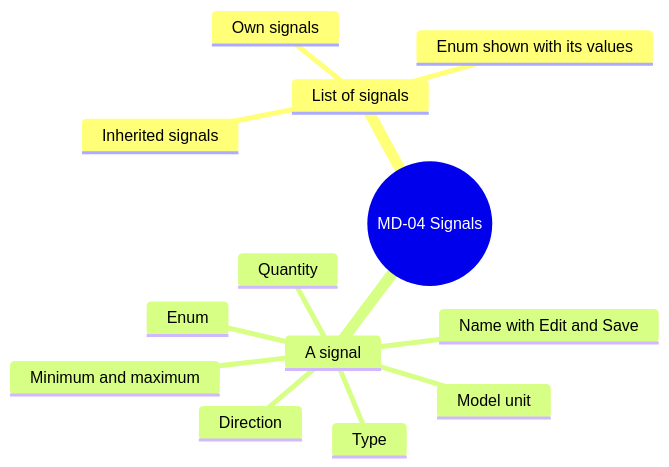
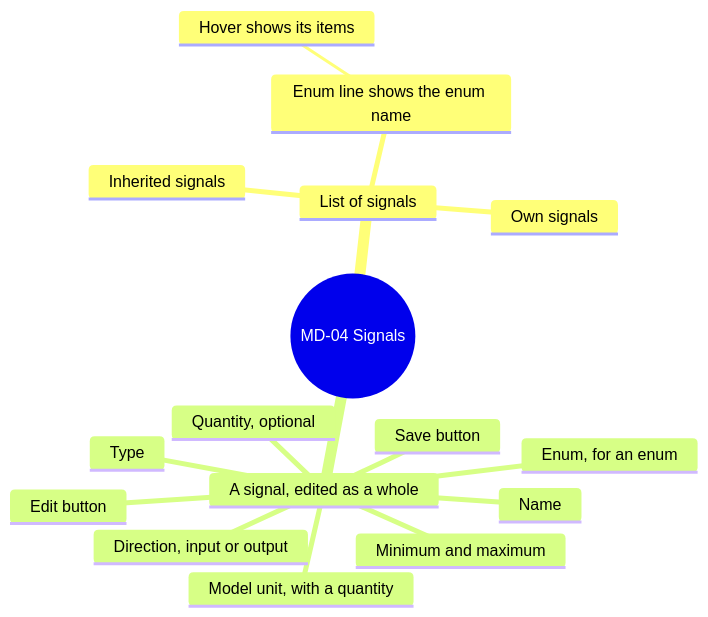
The sixth of 14 diagrams in screens/metadata.md (AlexandreGallais/synoptic-studio-spec), drawn with Mermaid before and after one commit. The commit also changed other lines of this file and 14 other files, not shown here.

````diff
--- a/screens/metadata.md
+++ b/screens/metadata.md
@@ -117,16 +140,19 @@
 ```mermaid
 mindmap
   root((MD-04 Signals))
     List of signals
       Own signals
       Inherited signals
-      Enum shown with its values
-    A signal
-      Name with Edit and Save
+      Enum line shows the enum name
+        Hover shows its items
+    A signal, edited as a whole
+      Edit button
+      Name
       Type
-      Enum
-      Quantity
-      Model unit
+      Enum, for an enum
+      Quantity, optional
+      Model unit, with a quantity
       Minimum and maximum
-      Direction
+      Direction, input or output
+      Save button
 ```
````
